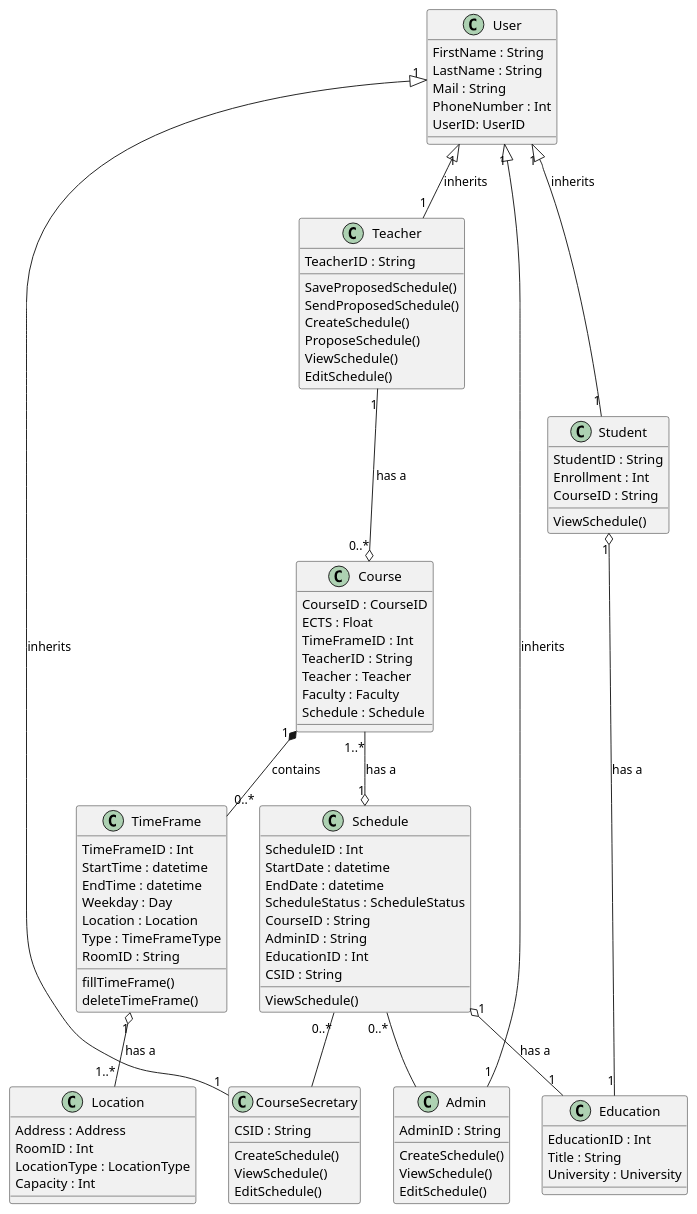
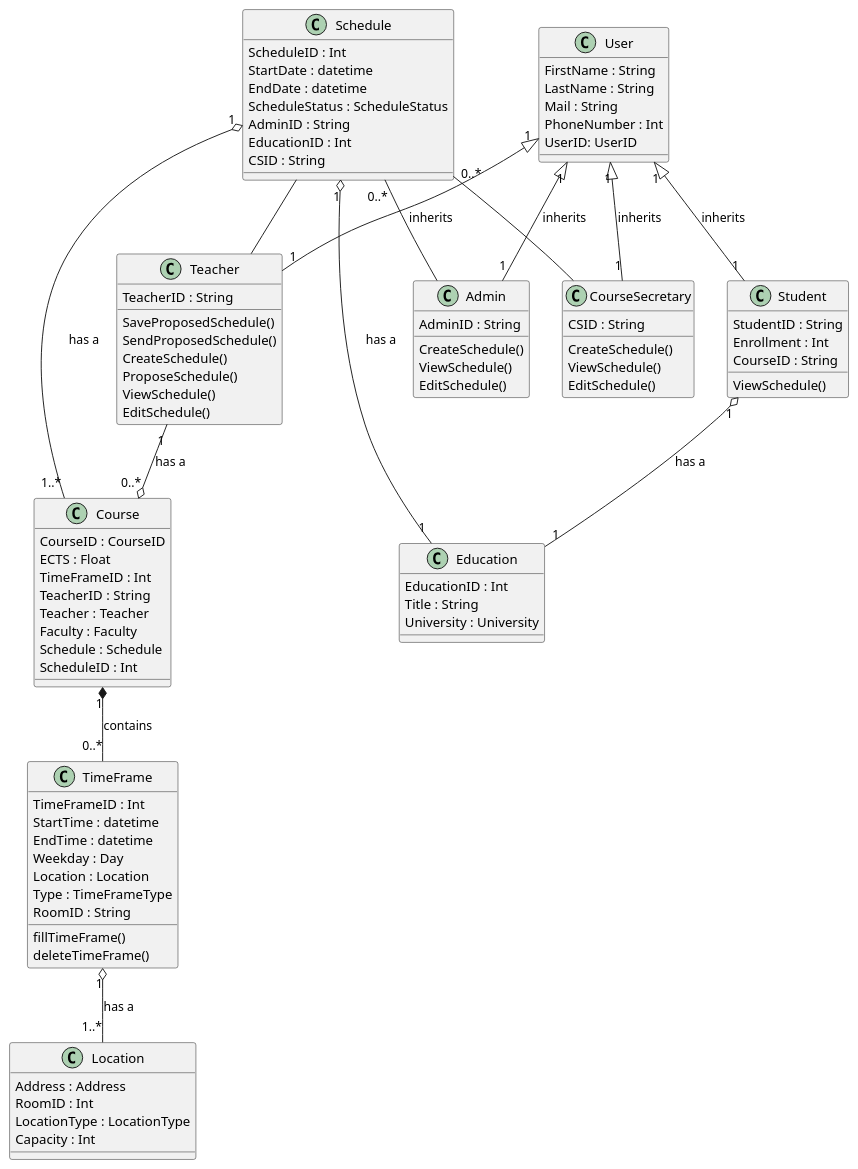
The diagram in Diagrams/ClassDiagram.puml (frejabauch/Systemudvikling_FSIS), drawn with PlantUML before and after one commit.

Commit message:
updated class diagram

```diff
--- a/Diagrams/ClassDiagram.puml
+++ b/Diagrams/ClassDiagram.puml
@@ -1,121 +1,120 @@
 @startuml ClassDiagram
 
 class Education {
     EducationID : Int
     Title : String
     University : University
 }
 
 class Schedule{
     ScheduleID : Int
     StartDate : datetime
     EndDate : datetime
     ScheduleStatus : ScheduleStatus
-    CourseID : String
     AdminID : String
     EducationID : Int
     CSID : String
-
-    ViewSchedule()
 }
 
 class Location{
     Address : Address
     RoomID : Int
     LocationType : LocationType
     Capacity : Int
 }
 
 class Course{
     CourseID : CourseID
     ECTS : Float
     TimeFrameID : Int
     TeacherID : String
     Teacher : Teacher
     Faculty : Faculty
     Schedule : Schedule
+    ScheduleID : Int
 }
 
 
 class User{
     FirstName : String
     LastName : String
     Mail : String
     PhoneNumber : Int
     UserID: UserID
 }
 
 ' class Semester{
 '     Courses : Course[]
 '     StartDate : Datetime
 ' }
 
 class Student{
     StudentID : String
     Enrollment : Int
     CourseID : String
     ViewSchedule()
 }
 
 class Teacher{
     TeacherID : String
     SaveProposedSchedule()
     SendProposedSchedule()
     CreateSchedule()
     ProposeSchedule()
     ViewSchedule()
     EditSchedule()
 }
 
 class Admin{
     AdminID : String
     CreateSchedule()
     ViewSchedule()
     EditSchedule()
 }
 
 class TimeFrame{
     TimeFrameID : Int
     StartTime : datetime
     EndTime : datetime
     Weekday : Day
     Location : Location
     Type : TimeFrameType
     RoomID : String
     fillTimeFrame()
     deleteTimeFrame()
 }
 
 class CourseSecretary{
     CSID : String
     CreateSchedule()
     ViewSchedule()
     EditSchedule()
 }
 
 ' User"1" o-- "1" Schedule : has a
 Course"1..*" --o "1" Schedule : has a
 ' Student"1" o-- "1" Schedule : has a
 ' Teacher"1" o-- "1" Schedule : has a
 
 ' Education"1" *-- "4..6" Semester : contains
 
 TimeFrame "1" o-- "1..*"Location : has a
 
 User"1" <|-- "1"Student : inherits
 User"1" <|-- "1"Teacher : inherits
 User"1" <|-- "1"Admin : inherits
 User"1" <|-- "1"CourseSecretary : inherits
 
 ' Semester"1" *-- "1..*" Course : contains
 ' Course"1" *-- "0..*" Class : contains
 Course"1" *-- "0..*" TimeFrame : contains
 Teacher"1" --o "0..*" Course : has a
 Student"1" o-- "1" Education : has a
 Schedule"1" o-- "1"Education : has a
 Schedule"0..*" -- Admin
 Schedule"0..*" -- CourseSecretary
+Schedule -- Teacher
 
 ' Login "1" -- "1" User : login
 
 @enduml
```
